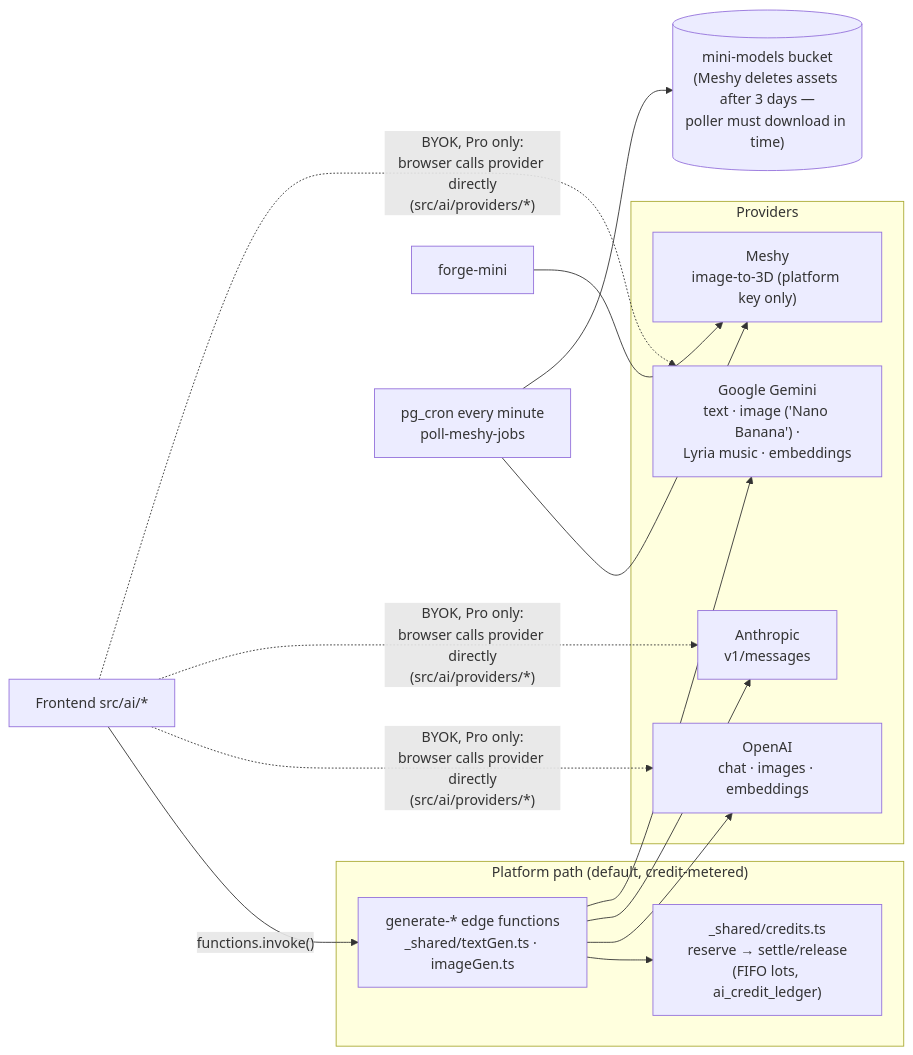
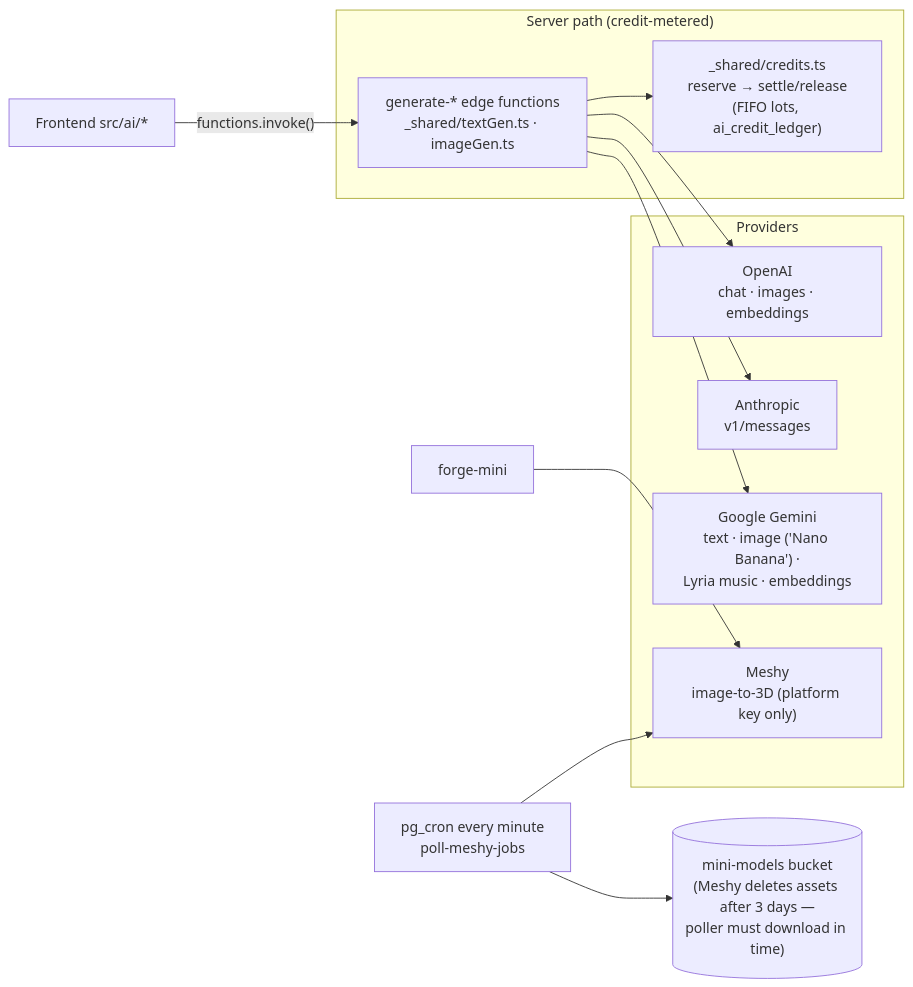
One commit to irongollem/grimoire changed the first of 3 diagrams in context/architecture/integrations.md. Above: the diagram before and after it, drawn with Mermaid. The commit also changed other lines of this file and 444 other files, not shown here.

````diff
--- a/context/architecture/integrations.md
+++ b/context/architecture/integrations.md
@@ -14,25 +13,24 @@
 ```mermaid
 flowchart LR
     fe["Frontend src/ai/*"]
 
-    subgraph edgepath ["Platform path (default, credit-metered)"]
+    subgraph edgepath ["Server path (credit-metered)"]
         gen["generate-* edge functions<br/>_shared/textGen.ts · imageGen.ts"]
         credits["_shared/credits.ts<br/>reserve → settle/release<br/>(FIFO lots, ai_credit_ledger)"]
     end
 
     subgraph providers ["Providers"]
         openai["OpenAI<br/>chat · images · embeddings"]
         anthropic["Anthropic<br/>v1/messages"]
         gemini["Google Gemini<br/>text · image ('Nano Banana') ·<br/>Lyria music · embeddings"]
         meshy["Meshy<br/>image-to-3D (platform key only)"]
     end
 
     fe -- "functions.invoke()" --> gen
     gen --> credits
     gen --> openai & anthropic & gemini
-    fe -. "BYOK, Pro only:<br/>browser calls provider directly<br/>(src/ai/providers/*)" .-> openai & anthropic & gemini
 
     forge["forge-mini"] --> meshy
     cron["pg_cron every minute<br/>poll-meshy-jobs"] --> meshy
     cron --> bucket[("mini-models bucket<br/>(Meshy deletes assets after 3 days —<br/>poller must download in time)")]
 ```
````
